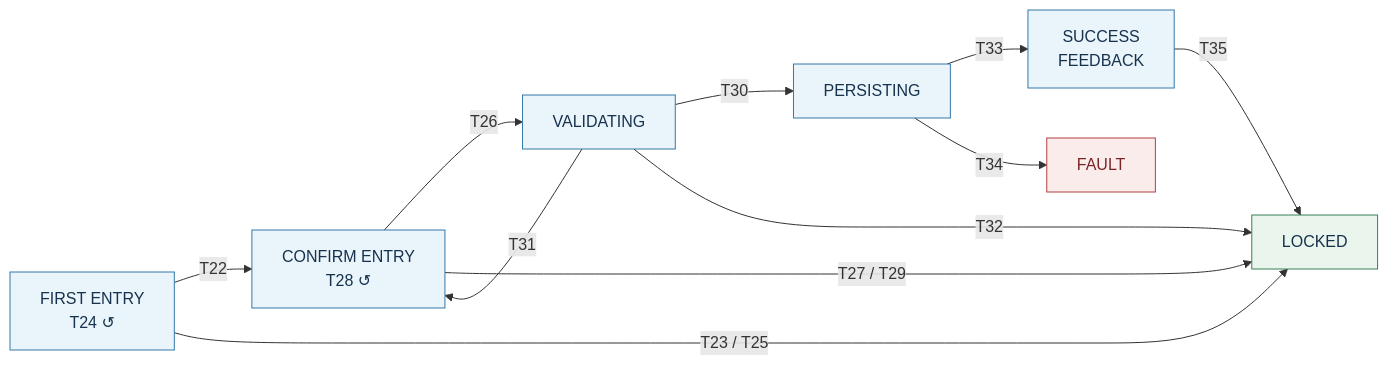
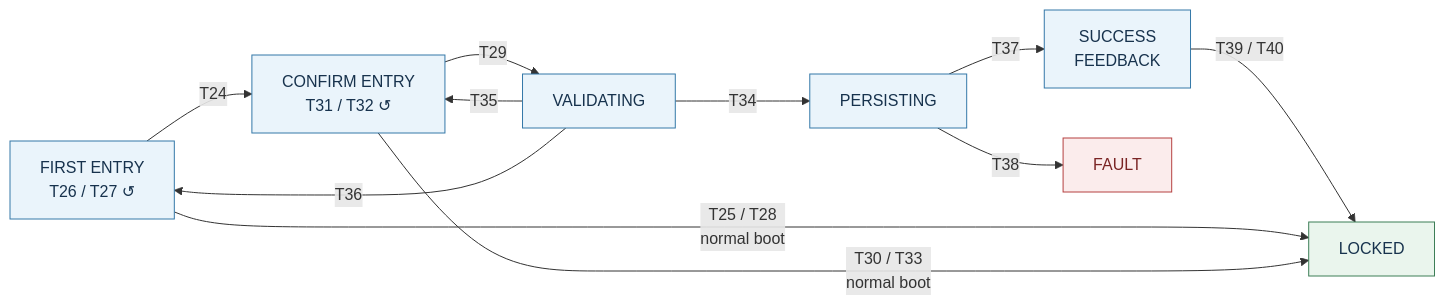
Before and after one commit to JP-REY/STM32F103C8T6-Based-Electronic-Lock: the third of 7 diagrams in Libs/Services/Lock_Control/README.md, drawn with Mermaid. The commit also changed other lines of this file and 2 other files, not shown here.

First line of the commit message:
fix(lock-control): enforce mandatory first-boot credential enrollment

````diff
--- a/Libs/Services/Lock_Control/README.md
+++ b/Libs/Services/Lock_Control/README.md
@@ -549,30 +559,30 @@
 ```mermaid
 flowchart LR
-    FIRST["FIRST ENTRY<br/>T24 ↺"] -->|T22| CONFIRM["CONFIRM ENTRY<br/>T28 ↺"]
+    FIRST["FIRST ENTRY<br/>T26 / T27 ↺"] -->|T24| CONFIRM["CONFIRM ENTRY<br/>T31 / T32 ↺"]
 
-    CONFIRM -->|T26| VALIDATE["VALIDATING"]
+    CONFIRM -->|T29| VALIDATE["VALIDATING"]
 
-    VALIDATE -->|T30| PERSIST["PERSISTING"]
+    VALIDATE -->|T34| PERSIST["PERSISTING"]
 
-    PERSIST -->|T33| FEEDBACK["SUCCESS<br/>FEEDBACK"]
+    PERSIST -->|T37| FEEDBACK["SUCCESS<br/>FEEDBACK"]
 
-    FEEDBACK -->|T35| LOCKED["LOCKED"]
+    FEEDBACK -->|"T39 / T40"| LOCKED["LOCKED"]
 
-    VALIDATE -->|T31| CONFIRM
+    VALIDATE -->|T35| CONFIRM
 
-    FIRST -->|"T23 / T25"| LOCKED
+    VALIDATE -->|T36| FIRST
 
-    CONFIRM -->|"T27 / T29"| LOCKED
+    FIRST -->|"T25 / T28<br/>normal boot"| LOCKED
 
-    VALIDATE -->|T32| LOCKED
+    CONFIRM -->|"T30 / T33<br/>normal boot"| LOCKED
 
-    PERSIST -->|T34| FAULT["FAULT"]
+    PERSIST -->|T38| FAULT["FAULT"]
 
     classDef secure fill:#eaf5ed,stroke:#3d7e57,color:#17324d
     classDef active fill:#eaf4fb,stroke:#3478a8,color:#17324d
     classDef fault fill:#fbecec,stroke:#b54040,color:#7a2525
 
     class FIRST,CONFIRM,VALIDATE,PERSIST,FEEDBACK active
     class LOCKED secure
     class FAULT fault
 ```
````
